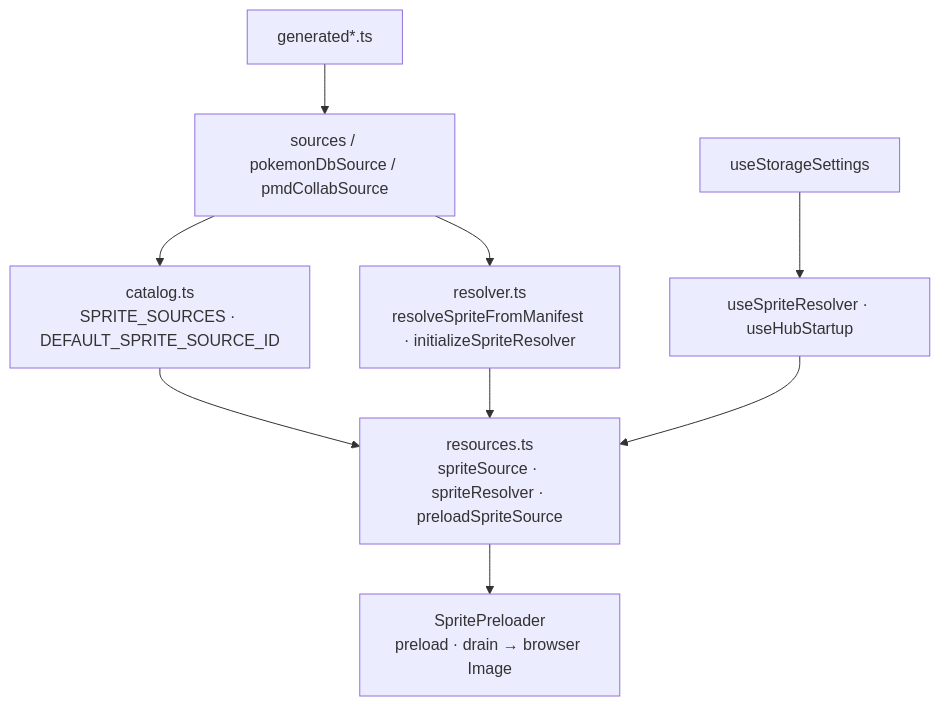
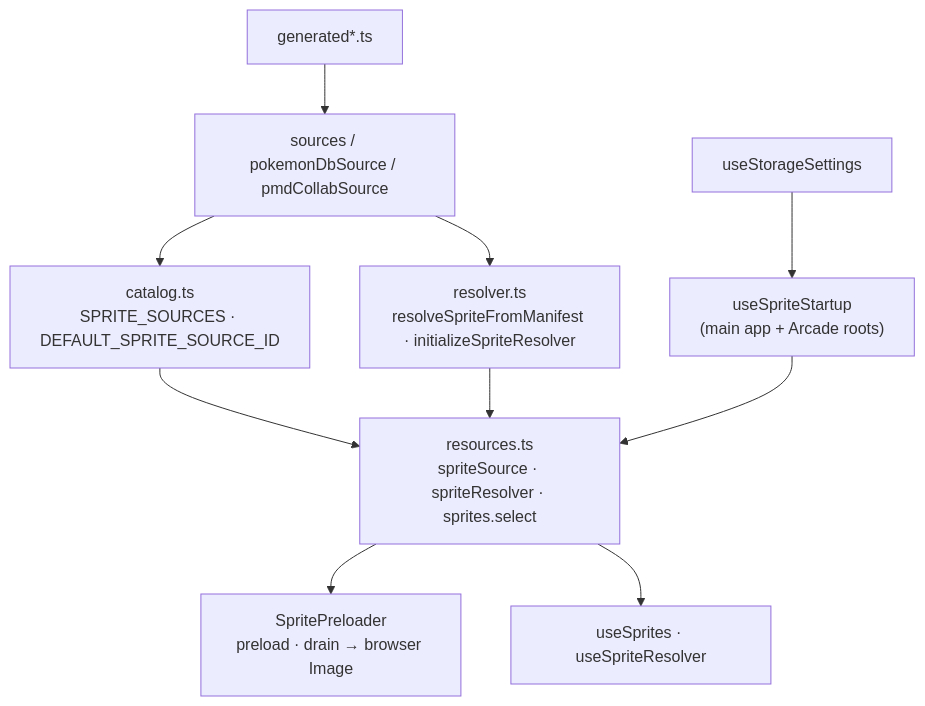
One commit to MercuryEnigma/pkcamp changed the diagram in src/services/sprites/ARCHITECTURE.md. Above: the diagram before and after it, drawn with Mermaid. The commit also changed other lines of this file and 41 other files, not shown here.

````diff
--- a/src/services/sprites/ARCHITECTURE.md
+++ b/src/services/sprites/ARCHITECTURE.md
@@ -14,10 +22,11 @@
 ```mermaid
 flowchart TB
   Generated["generated*.ts"] --> Sources["sources / pokemonDbSource / pmdCollabSource"]
   Sources --> Catalog["catalog.ts<br/>SPRITE_SOURCES · DEFAULT_SPRITE_SOURCE_ID"]
   Sources --> Pure["resolver.ts<br/>resolveSpriteFromManifest · initializeSpriteResolver"]
-  Catalog & Pure --> Resources["resources.ts<br/>spriteSource · spriteResolver · preloadSpriteSource"]
+  Catalog & Pure --> Resources["resources.ts<br/>spriteSource · spriteResolver · sprites.select"]
   Resources --> Queue["SpritePreloader<br/>preload · drain → browser Image"]
-  Settings["useStorageSettings"] --> Hooks["useSpriteResolver · useHubStartup"]
-  Hooks --> Resources
+  Settings["useStorageSettings"] --> Startup["useSpriteStartup<br/>(main app + Arcade roots)"]
+  Startup --> Resources
+  Resources --> Views["useSprites · useSpriteResolver"]
 ```
````
